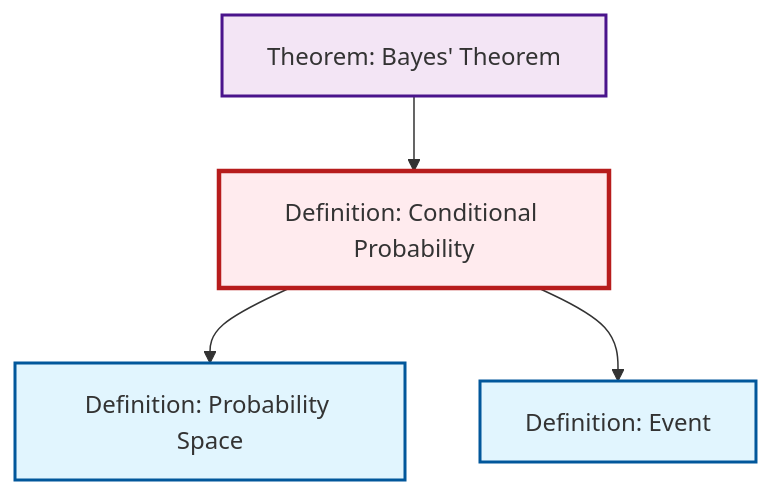
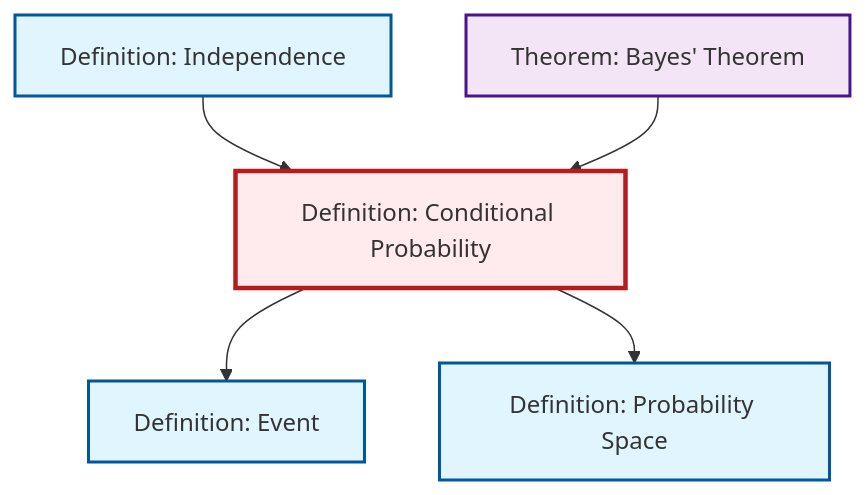
The diagram in content/ja/probability-statistics/def-conditional-probability.qmd (RK0429/ModernMath), drawn with Mermaid before and after one commit. The commit also changed 474 other files, not shown here.

````diff
--- a/content/ja/probability-statistics/def-conditional-probability.qmd
+++ b/content/ja/probability-statistics/def-conditional-probability.qmd
@@ -70,20 +70,23 @@
 ```{mermaid}
 %%| fig-cap: "Local dependency graph"
 graph TD
     classDef definition fill:#e1f5fe,stroke:#01579b,stroke-width:2px
     classDef theorem fill:#f3e5f5,stroke:#4a148c,stroke-width:2px
     classDef axiom fill:#fff3e0,stroke:#e65100,stroke-width:2px
     classDef example fill:#e8f5e9,stroke:#1b5e20,stroke-width:2px
     classDef current fill:#ffebee,stroke:#b71c1c,stroke-width:3px
+    def-event["Definition: Event"]:::definition
+    def-probability-space["Definition: Probability Space"]:::definition
+    def-conditional-probability["Definition: Conditional Probability"]:::definition
+    def-independence["Definition: Independence"]:::definition
     thm-bayes["Theorem: Bayes' Theorem"]:::theorem
-    def-probability-space["Definition: Probability Space"]:::definition
-    def-event["Definition: Event"]:::definition
-    def-conditional-probability["Definition: Conditional Probability"]:::definition
+    def-independence --> def-conditional-probability
     thm-bayes --> def-conditional-probability
+    def-conditional-probability --> def-event
     def-conditional-probability --> def-probability-space
-    def-conditional-probability --> def-event
     class def-conditional-probability current
+    click def-event "def-event.html" "Definition: Eventへ"
+    click def-probability-space "def-probability-space.html" "Definition: Probability Spaceへ"
+    click def-independence "def-independence.html" "Definition: Independenceへ"
     click thm-bayes "thm-bayes.html" "Theorem: Bayes' Theoremへ"
-    click def-probability-space "def-probability-space.html" "Definition: Probability Spaceへ"
-    click def-event "def-event.html" "Definition: Eventへ"
 ```
````
